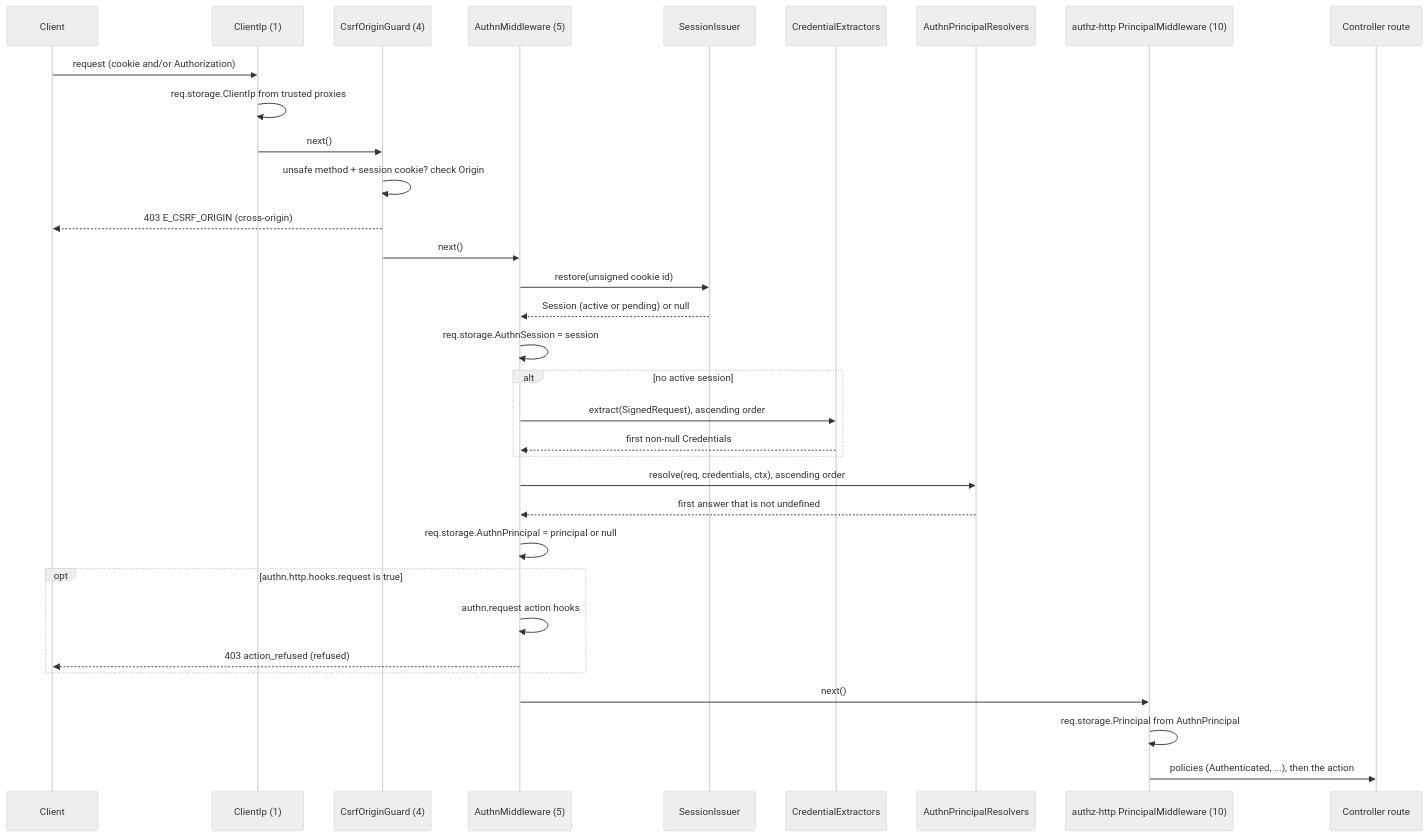
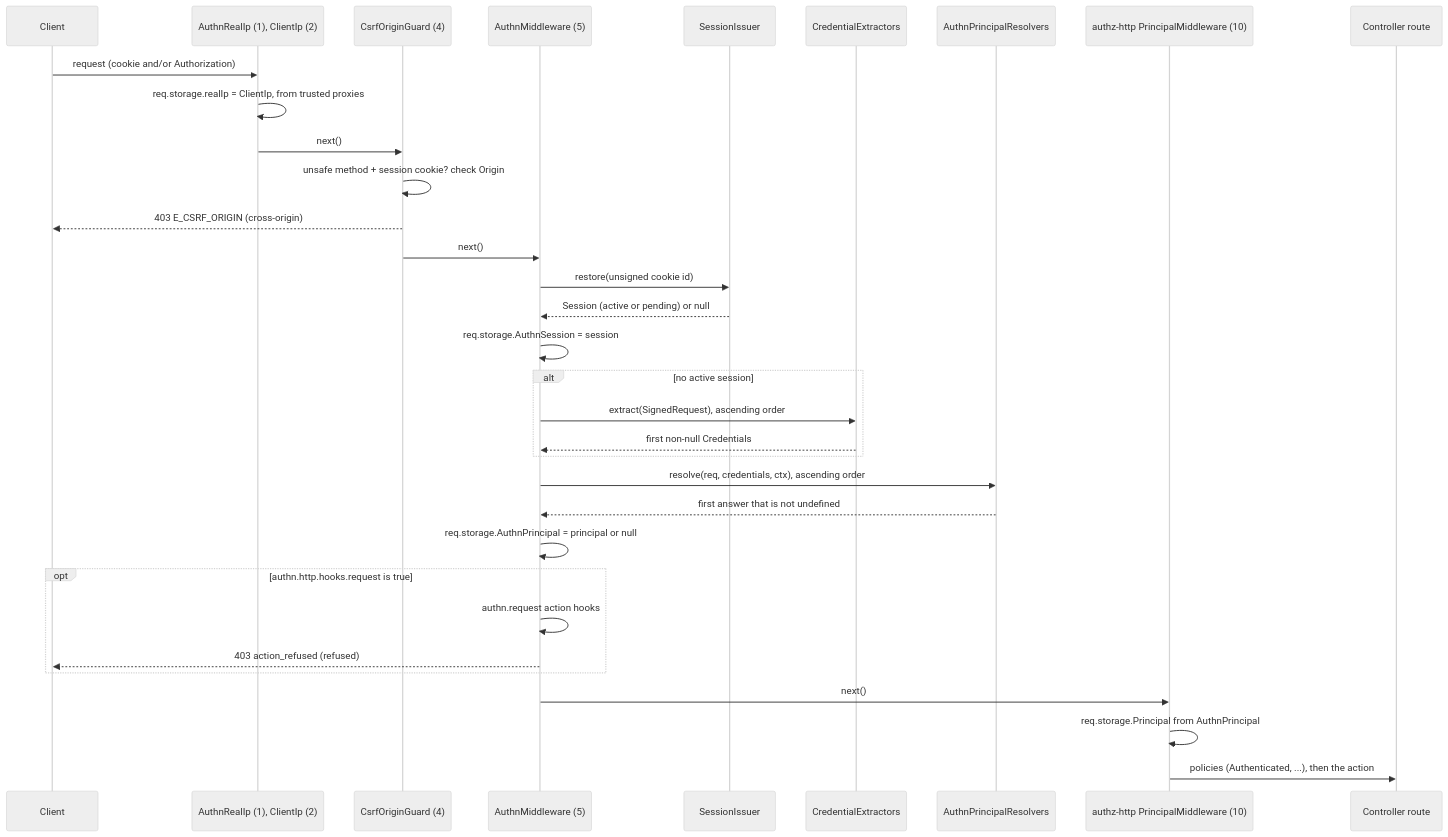
Before and after one commit to spinajs/main: the diagram in docs/authn-http/01-request-authentication.md, drawn with Mermaid (neutral theme). The commit also changed other lines of this file and 74 other files, not shown here.

First line of the commit message:
feat(authn-http)!: one client address for authn and the http limiters (#713)

````diff
--- a/docs/authn-http/01-request-authentication.md
+++ b/docs/authn-http/01-request-authentication.md
@@ -24,35 +24,35 @@
 ```mermaid
 sequenceDiagram
   participant C as Client
-  participant IP as ClientIp (1)
+  participant IP as AuthnRealIp (1), ClientIp (2)
   participant G as CsrfOriginGuard (4)
   participant M as AuthnMiddleware (5)
   participant S as SessionIssuer
   participant X as CredentialExtractors
   participant R as AuthnPrincipalResolvers
   participant Z as authz-http PrincipalMiddleware (10)
   participant A as Controller route
   C->>IP: request (cookie and/or Authorization)
-  IP->>IP: req.storage.ClientIp from trusted proxies
+  IP->>IP: req.storage.realIp = ClientIp, from trusted proxies
   IP->>G: next()
   G->>G: unsafe method + session cookie? check Origin
   G-->>C: 403 E_CSRF_ORIGIN (cross-origin)
   G->>M: next()
   M->>S: restore(unsigned cookie id)
   S-->>M: Session (active or pending) or null
   M->>M: req.storage.AuthnSession = session
   alt no active session
     M->>X: extract(SignedRequest), ascending order
     X-->>M: first non-null Credentials
   end
   M->>R: resolve(req, credentials, ctx), ascending order
   R-->>M: first answer that is not undefined
   M->>M: req.storage.AuthnPrincipal = principal or null
   opt authn.http.hooks.request is true
     M->>M: authn.request action hooks
     M-->>C: 403 action_refused (refused)
   end
   M->>Z: next()
   Z->>Z: req.storage.Principal from AuthnPrincipal
   Z->>A: policies (Authenticated, ...), then the action
 ```
````
